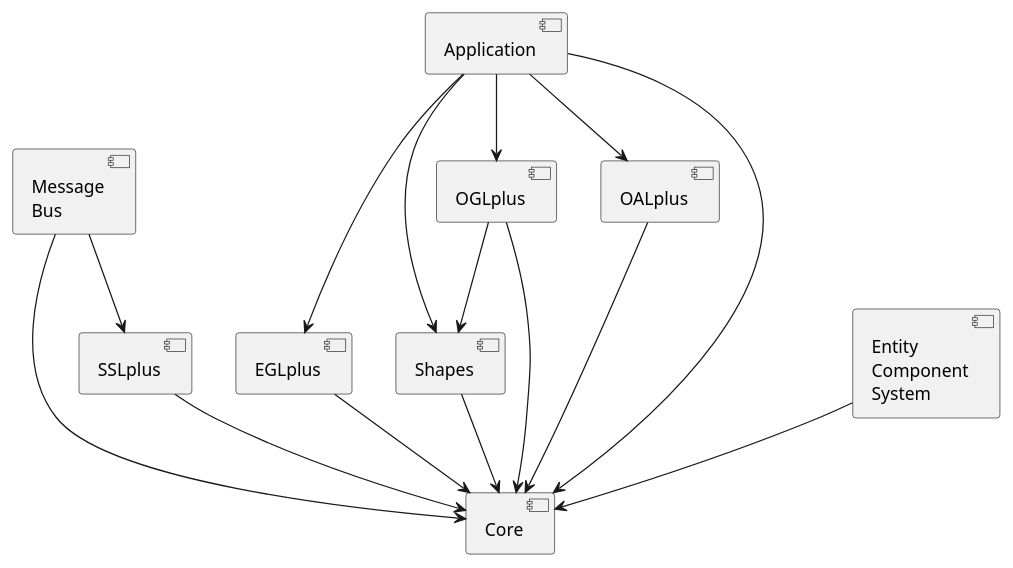
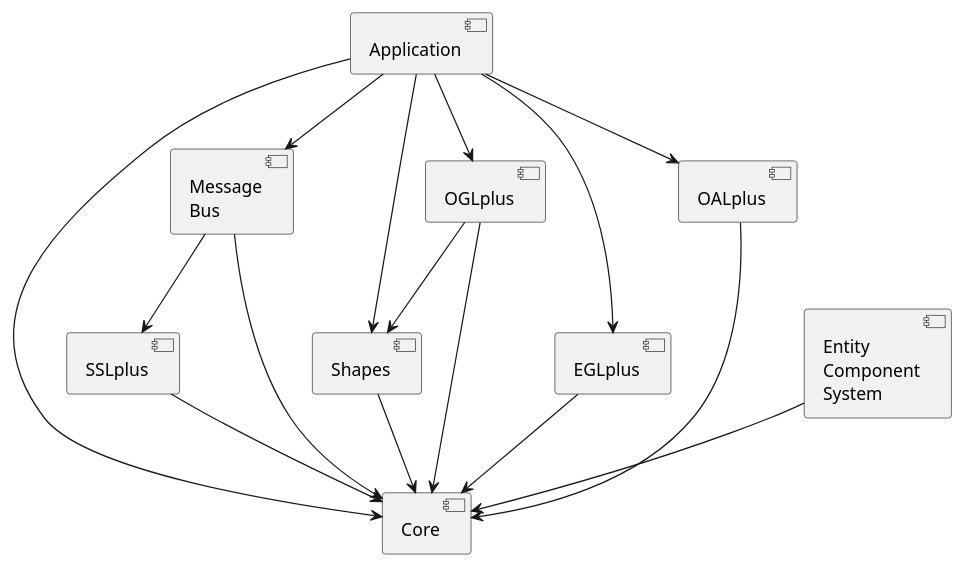
The diagram in doc/diagrams/eagine/components.puml (matus-chochlik/eagine-all), drawn with PlantUML before and after one commit. The commit also changed 1 other file, not shown here.

Commit message:
Updated the component diagram

```diff
--- a/doc/diagrams/eagine/components.puml
+++ b/doc/diagrams/eagine/components.puml
@@ -1,28 +1,29 @@
 @startuml
 
 component [Core] as core
 component [SSLplus] as sslplus
 component [Shapes] as shapes
 component [Message\nBus] as msgbus
 component [EGLplus] as eglplus
 component [OGLplus] as oglplus
 component [OALplus] as oalplus
 component [Entity\nComponent\nSystem] as ecs
 component [Application] as app
 
 sslplus --> core
 shapes --> core
 msgbus --> sslplus
 msgbus --> core
 eglplus --> core
 oglplus --> core
 oglplus --> shapes
 oalplus --> core
 ecs --> core
 app --> core
 app --> eglplus
 app --> oglplus
 app --> oalplus
 app --> shapes
+app --> msgbus
 
 @enduml
```
